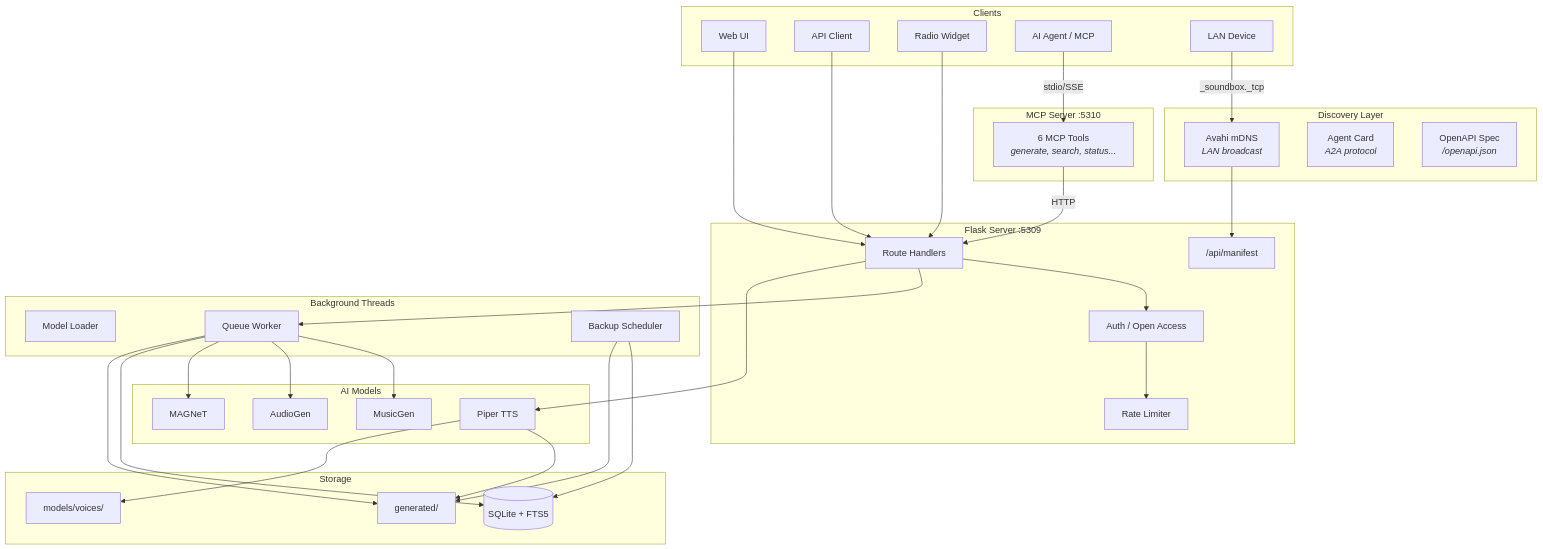
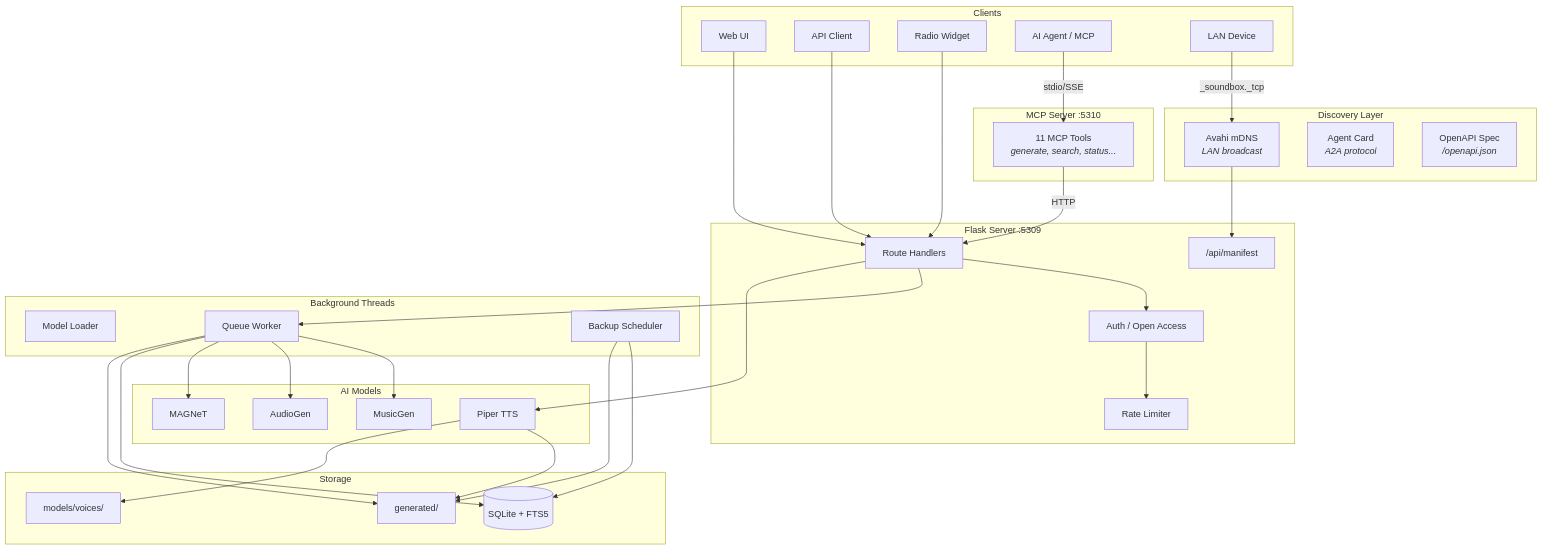
The first of 9 diagrams in docs/ARCHITECTURE.md (Valpatel/app-soundbox), drawn with Mermaid before and after one commit. The commit also changed other lines of this file and 24 other files, not shown here.

First line of the commit message:
Rename graphlings/game terminology to soundbox/assets/project

````diff
--- a/docs/ARCHITECTURE.md
+++ b/docs/ARCHITECTURE.md
@@ -5,70 +5,70 @@
 ```mermaid
 graph TB
     subgraph "Discovery Layer"
         mDNS["Avahi mDNS<br/><i>LAN broadcast</i>"]
         AgentCard["Agent Card<br/><i>A2A protocol</i>"]
         OpenAPISpec["OpenAPI Spec<br/><i>/openapi.json</i>"]
     end
 
     subgraph Clients
         UI[Web UI]
         API[API Client]
         Widget[Radio Widget]
         AIAgent[AI Agent / MCP]
         LAN[LAN Device]
     end
 
     subgraph "Flask Server :5309"
         Routes[Route Handlers]
         Auth[Auth / Open Access]
         Limiter[Rate Limiter]
         Manifest["/api/manifest"]
     end
 
     subgraph "MCP Server :5310"
-        MCPTools["6 MCP Tools<br/><i>generate, search, status...</i>"]
+        MCPTools["11 MCP Tools<br/><i>generate, search, status...</i>"]
     end
 
     subgraph "Background Threads"
         Loader[Model Loader]
         Worker[Queue Worker]
         Backup[Backup Scheduler]
     end
 
     subgraph "AI Models"
         MusicGen[MusicGen]
         AudioGen[AudioGen]
         MAGNeT[MAGNeT]
         Piper[Piper TTS]
     end
 
     subgraph Storage
         DB[(SQLite + FTS5)]
         Audio[generated/]
         Voices[models/voices/]
     end
 
     LAN -->|"_soundbox._tcp"| mDNS
     mDNS --> Manifest
     AIAgent -->|stdio/SSE| MCPTools
     MCPTools -->|HTTP| Routes
 
     UI --> Routes
     API --> Routes
     Widget --> Routes
     Routes --> Auth
     Auth --> Limiter
 
     Routes --> Worker
     Worker --> MusicGen
     Worker --> AudioGen
     Worker --> MAGNeT
     Routes --> Piper
 
     Worker --> DB
     Worker --> Audio
     Piper --> Audio
     Piper --> Voices
     Backup --> DB
     Backup --> Audio
 ```
````
